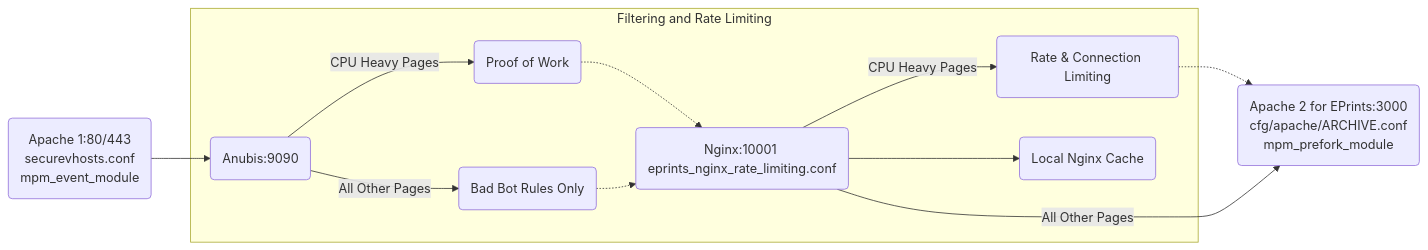
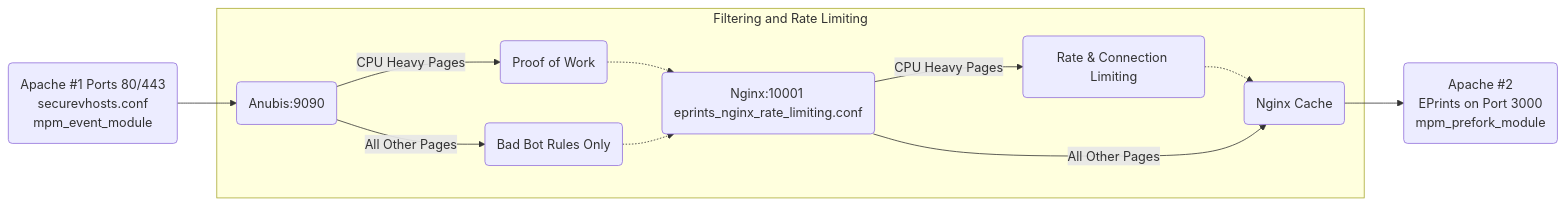
Before and after one commit to eprints/BEVIS: the first of 2 diagrams in README.md, drawn with Mermaid. The commit also changed other lines of this file and 2 other files, not shown here.

Commit message:
README changes, fix for apacheconf and fixes for older versions of nginx

````diff
--- a/README.md
+++ b/README.md
@@ -109,31 +118,31 @@
 ```mermaid
 flowchart LR
    
-   TCP(Apache 1:80/443\nsecurevhosts.conf\nmpm_event_module)
-   EPR(Apache 2 for EPrints:3000\ncfg/apache/ARCHIVE.conf\n mpm_prefork_module)
+   TCP(Apache #1 Ports 80/443\nsecurevhosts.conf\nmpm_event_module)
+   EPRINTS(Apache #2\nEPrints on Port 3000\nmpm_prefork_module)
    
 
    subgraph Filtering and Rate Limiting
       ANU(Anubis:9090)
       PROOF(Proof of Work)
       BAD(Bad Bot Rules Only)
       RATE(Rate & Connection Limiting)
       NGX(Nginx:10001 \neprints_nginx_rate_limiting.conf)
-      CACHE(Local Nginx Cache)
+      CACHE(Nginx Cache)
       
    end
 
    
    TCP -->  ANU
    ANU --> | CPU Heavy Pages | PROOF
    PROOF -.-> NGX
    ANU --> | All Other Pages | BAD
    BAD -.-> NGX
    NGX --> | CPU Heavy Pages | RATE
-   NGX --> CACHE
    
    
-   RATE -.->  EPR
-   NGX --> | All Other Pages | EPR
+   RATE -.->  CACHE
+   NGX --> | All Other Pages | CACHE
+   CACHE --> EPRINTS
    
 ```
````
